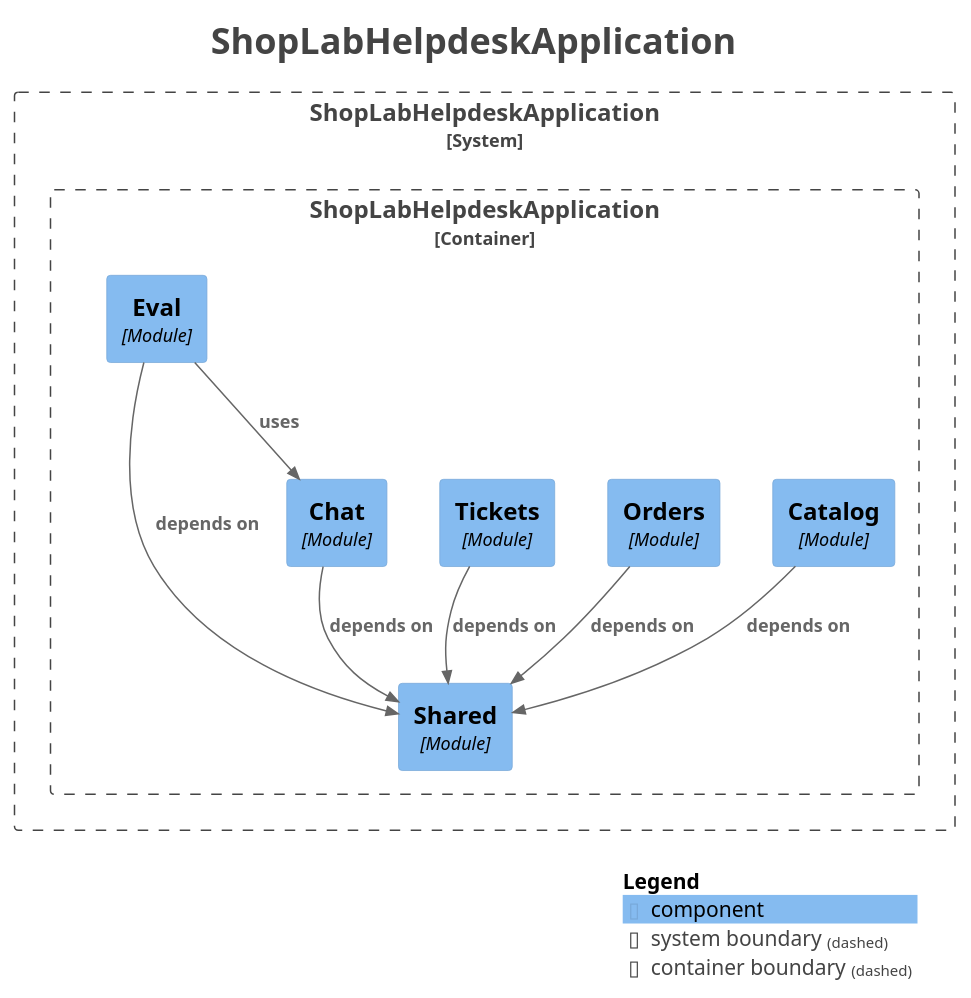
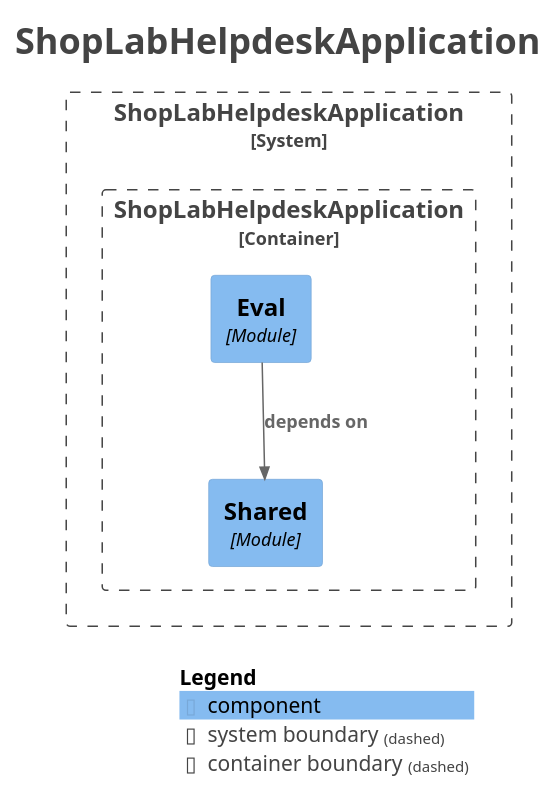
Before and after one commit to leandroAmariles/shoplab-helpdesk: the diagram in docs/modulos/components.puml, drawn with PlantUML. The commit also changed 335 other files, not shown here.

Commit message:
refactor(backend): [LAB-59] remove chat, orders, catalog, and tickets modules from monolith (#192)

```diff
--- a/docs/modulos/components.puml
+++ b/docs/modulos/components.puml
@@ -1,39 +1,30 @@
 @startuml
 title <size:24>ShopLabHelpdeskApplication</size>
 
 set separator none
 top to bottom direction
 
 <style>
   root {
     BackgroundColor: #ffffff
     FontColor: #444444
   }
 </style>
 
 !include <C4/C4>
 !include <C4/C4_Context>
 !include <C4/C4_Component>
 
 System_Boundary("ShopLabHelpdeskApplication_boundary", "ShopLabHelpdeskApplication", $tags="") {
   Container_Boundary("ShopLabHelpdeskApplication.ShopLabHelpdeskApplication_boundary", "ShopLabHelpdeskApplication", $tags="") {
     Component(ShopLabHelpdeskApplication.ShopLabHelpdeskApplication.Shared, "Shared", $techn="Module", $descr="", $tags="", $link="")
-    Component(ShopLabHelpdeskApplication.ShopLabHelpdeskApplication.Catalog, "Catalog", $techn="Module", $descr="", $tags="", $link="")
-    Component(ShopLabHelpdeskApplication.ShopLabHelpdeskApplication.Chat, "Chat", $techn="Module", $descr="", $tags="", $link="")
-    Component(ShopLabHelpdeskApplication.ShopLabHelpdeskApplication.Orders, "Orders", $techn="Module", $descr="", $tags="", $link="")
-    Component(ShopLabHelpdeskApplication.ShopLabHelpdeskApplication.Tickets, "Tickets", $techn="Module", $descr="", $tags="", $link="")
     Component(ShopLabHelpdeskApplication.ShopLabHelpdeskApplication.Eval, "Eval", $techn="Module", $descr="", $tags="", $link="")
   }
 
 }
 
-Rel(ShopLabHelpdeskApplication.ShopLabHelpdeskApplication.Catalog, ShopLabHelpdeskApplication.ShopLabHelpdeskApplication.Shared, "depends on", $techn="", $tags="", $link="")
-Rel(ShopLabHelpdeskApplication.ShopLabHelpdeskApplication.Chat, ShopLabHelpdeskApplication.ShopLabHelpdeskApplication.Shared, "depends on", $techn="", $tags="", $link="")
-Rel(ShopLabHelpdeskApplication.ShopLabHelpdeskApplication.Eval, ShopLabHelpdeskApplication.ShopLabHelpdeskApplication.Chat, "uses", $techn="", $tags="", $link="")
 Rel(ShopLabHelpdeskApplication.ShopLabHelpdeskApplication.Eval, ShopLabHelpdeskApplication.ShopLabHelpdeskApplication.Shared, "depends on", $techn="", $tags="", $link="")
-Rel(ShopLabHelpdeskApplication.ShopLabHelpdeskApplication.Orders, ShopLabHelpdeskApplication.ShopLabHelpdeskApplication.Shared, "depends on", $techn="", $tags="", $link="")
-Rel(ShopLabHelpdeskApplication.ShopLabHelpdeskApplication.Tickets, ShopLabHelpdeskApplication.ShopLabHelpdeskApplication.Shared, "depends on", $techn="", $tags="", $link="")
 
 SHOW_LEGEND(true)
 hide stereotypes
 @enduml
```
